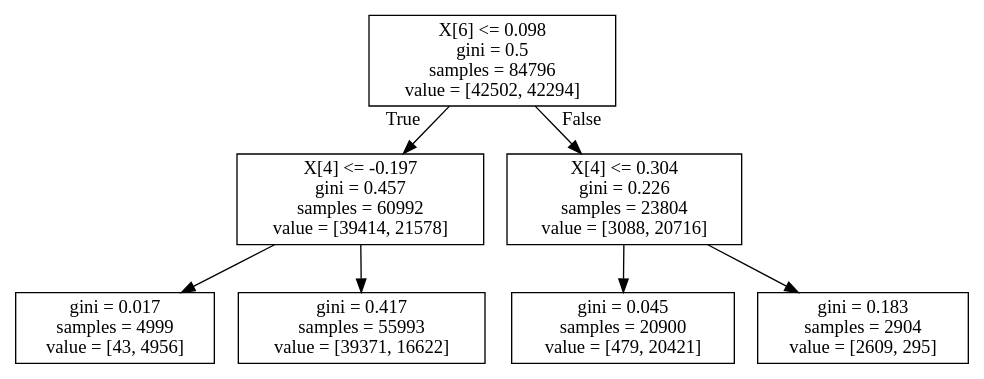
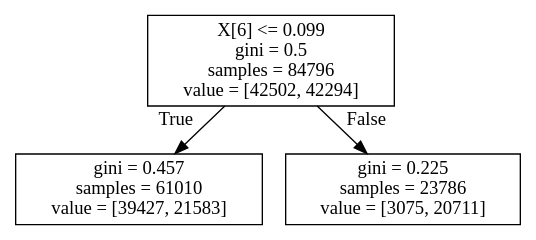
One commit to leejong4414/CSE-546-Project changed the diagram in Decision Tree/tree_PCA1.dot. Above: the diagram before and after it, drawn with Graphviz. The commit also changed 103 other files, not shown here.

```diff
--- a/Decision Tree/tree_PCA1.dot
+++ b/Decision Tree/tree_PCA1.dot
@@ -1,16 +1,8 @@
 digraph Tree {
 node [shape=box] ;
-0 [label="X[6] <= 0.098\ngini = 0.5\nsamples = 84796\nvalue = [42502, 42294]"] ;
-1 [label="X[4] <= -0.197\ngini = 0.457\nsamples = 60992\nvalue = [39414, 21578]"] ;
+0 [label="X[6] <= 0.099\ngini = 0.5\nsamples = 84796\nvalue = [42502, 42294]"] ;
+1 [label="gini = 0.457\nsamples = 61010\nvalue = [39427, 21583]"] ;
 0 -> 1 [labeldistance=2.5, labelangle=45, headlabel="True"] ;
-2 [label="gini = 0.017\nsamples = 4999\nvalue = [43, 4956]"] ;
-1 -> 2 ;
-3 [label="gini = 0.417\nsamples = 55993\nvalue = [39371, 16622]"] ;
-1 -> 3 ;
-4 [label="X[4] <= 0.304\ngini = 0.226\nsamples = 23804\nvalue = [3088, 20716]"] ;
-0 -> 4 [labeldistance=2.5, labelangle=-45, headlabel="False"] ;
-5 [label="gini = 0.045\nsamples = 20900\nvalue = [479, 20421]"] ;
-4 -> 5 ;
-6 [label="gini = 0.183\nsamples = 2904\nvalue = [2609, 295]"] ;
-4 -> 6 ;
+2 [label="gini = 0.225\nsamples = 23786\nvalue = [3075, 20711]"] ;
+0 -> 2 [labeldistance=2.5, labelangle=-45, headlabel="False"] ;
 }
```
